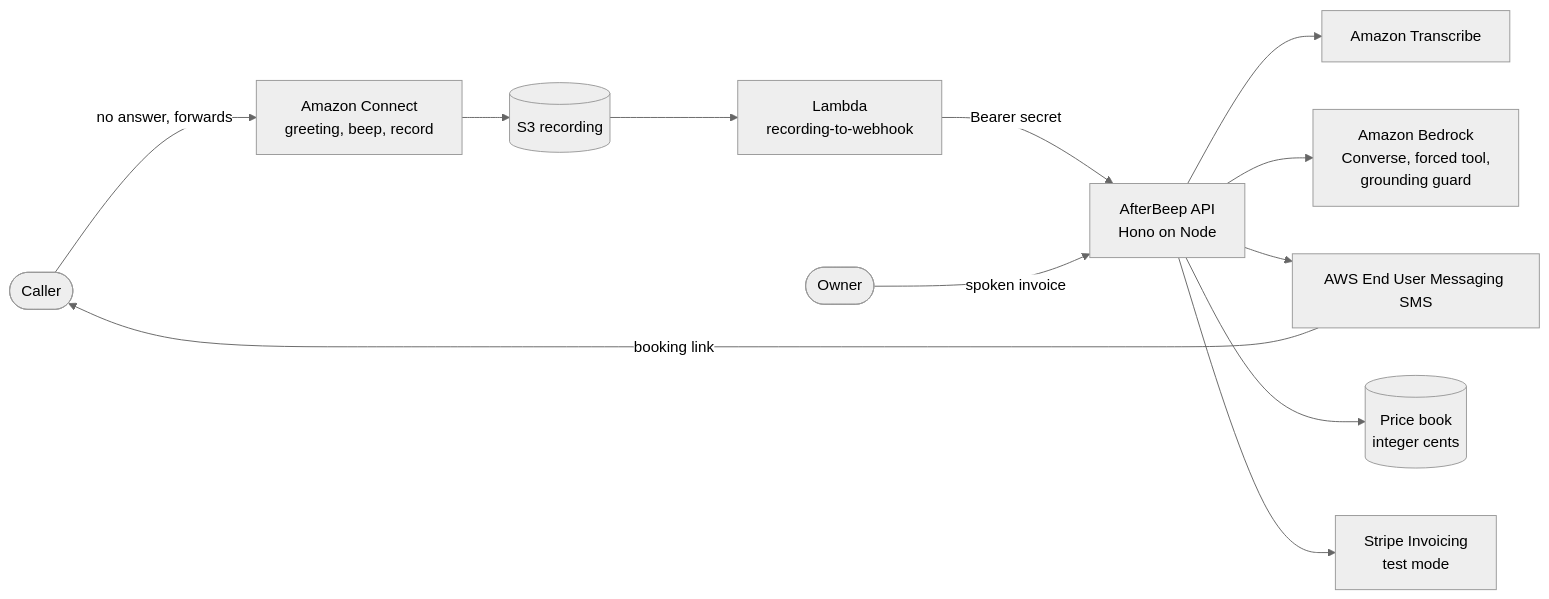
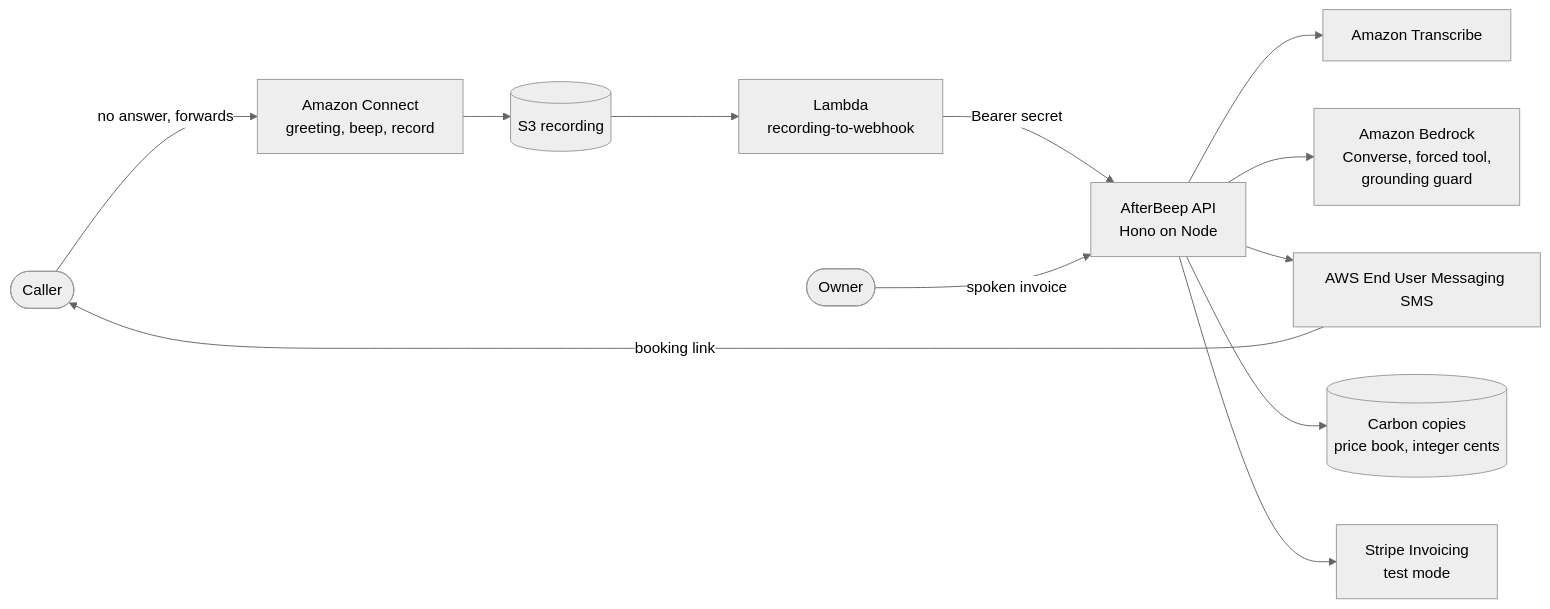
Before and after one commit to blackwingArtisan/afterbeep: the diagram in README.md, drawn with Mermaid (neutral theme). The commit also changed other lines of this file and 11 other files, not shown here.

````diff
--- a/README.md
+++ b/README.md
@@ -86,14 +92,14 @@
 ```mermaid
 flowchart LR
   caller([Caller]) -->|no answer, forwards| connect[Amazon Connect<br/>greeting, beep, record]
   connect --> s3[(S3 recording)]
   s3 --> lambda[Lambda<br/>recording-to-webhook]
   lambda -->|Bearer secret| api[AfterBeep API<br/>Hono on Node]
   api --> transcribe[Amazon Transcribe]
   api --> bedrock[Amazon Bedrock<br/>Converse, forced tool,<br/>grounding guard]
   api --> sms[AWS End User Messaging SMS]
   sms -->|booking link| caller
   owner([Owner]) -->|spoken invoice| api
-  api --> book[(Price book<br/>integer cents)]
+  api --> book[(Carbon copies<br/>price book, integer cents)]
   api --> stripe[Stripe Invoicing<br/>test mode]
 ```
````
